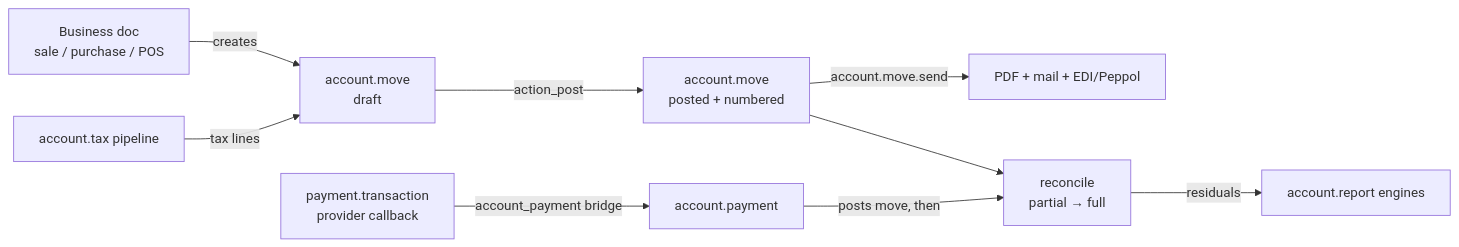
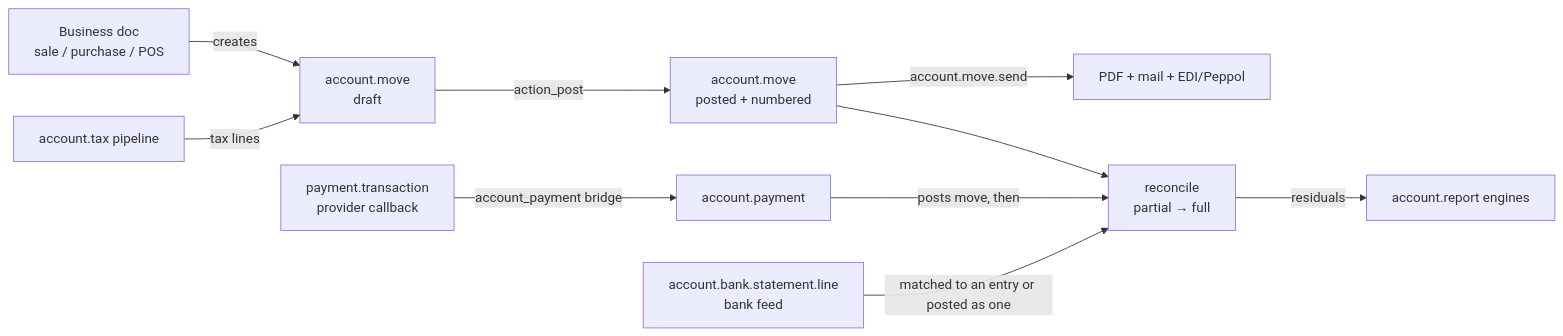
One commit to blitzy-public-samples/odoo changed the diagram in droid-wiki/apps/accounting.md. Above: the diagram before and after it, drawn with Mermaid. The commit also changed other lines of this file and 78 other files, not shown here.

````diff
--- a/droid-wiki/apps/accounting.md
+++ b/droid-wiki/apps/accounting.md
@@ -55,11 +59,12 @@
 ```mermaid
 graph LR
   SO[Business doc<br/>sale / purchase / POS] -->|creates| MOVE[account.move<br/>draft]
   MOVE -->|action_post| POSTED[account.move<br/>posted + numbered]
   TAX[account.tax pipeline] -->|tax lines| MOVE
   POSTED -->|account.move.send| EDI[PDF + mail + EDI/Peppol]
   PAY[payment.transaction<br/>provider callback] -->|account_payment bridge| APAY[account.payment]
   APAY -->|posts move, then| REC[reconcile<br/>partial → full]
   POSTED --> REC
+  BANK[account.bank.statement.line<br/>bank feed] -->|matched to an entry or posted as one| REC
   REC -->|residuals| REPORT[account.report engines]
 ```
````
